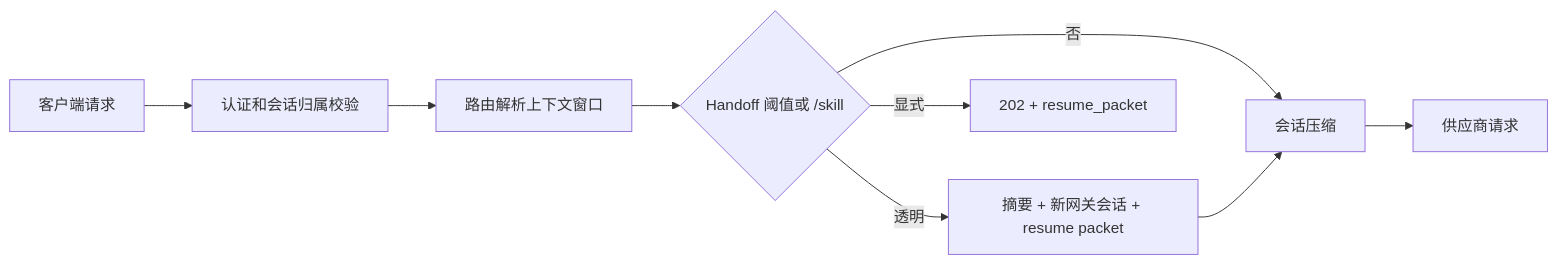
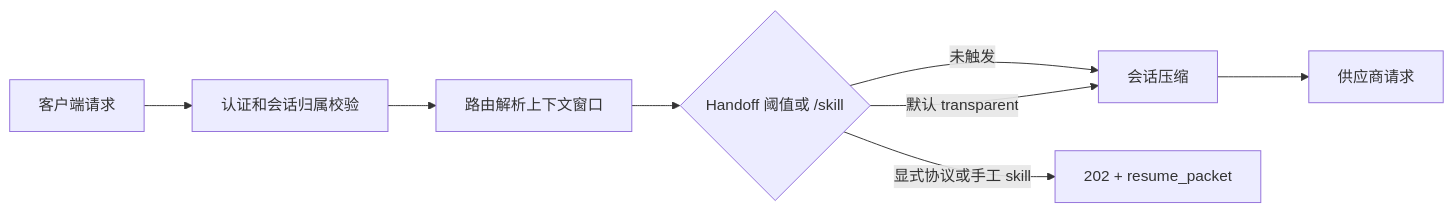
Before and after one commit to halfking/ai-native-gateway-core: the diagram in docs/modules/handoff.md, drawn with Mermaid. The commit also changed other lines of this file and 25 other files, not shown here.

````diff
--- a/docs/modules/handoff.md
+++ b/docs/modules/handoff.md
@@ -18,11 +18,10 @@
 ```mermaid
 flowchart LR
     A[客户端请求] --> B[认证和会话归属校验]
     B --> C[路由解析上下文窗口]
     C --> D{Handoff 阈值或 /skill}
-    D -- 否 --> E[会话压缩]
-    D -- 透明 --> F[摘要 + 新网关会话 + resume packet]
-    F --> E
-    D -- 显式 --> G[202 + resume_packet]
+    D -- 未触发 --> E[会话压缩]
+    D -- 默认 transparent --> E
+    D -- 显式协议或手工 skill --> G[202 + resume_packet]
     E --> H[供应商请求]
 ```
````
